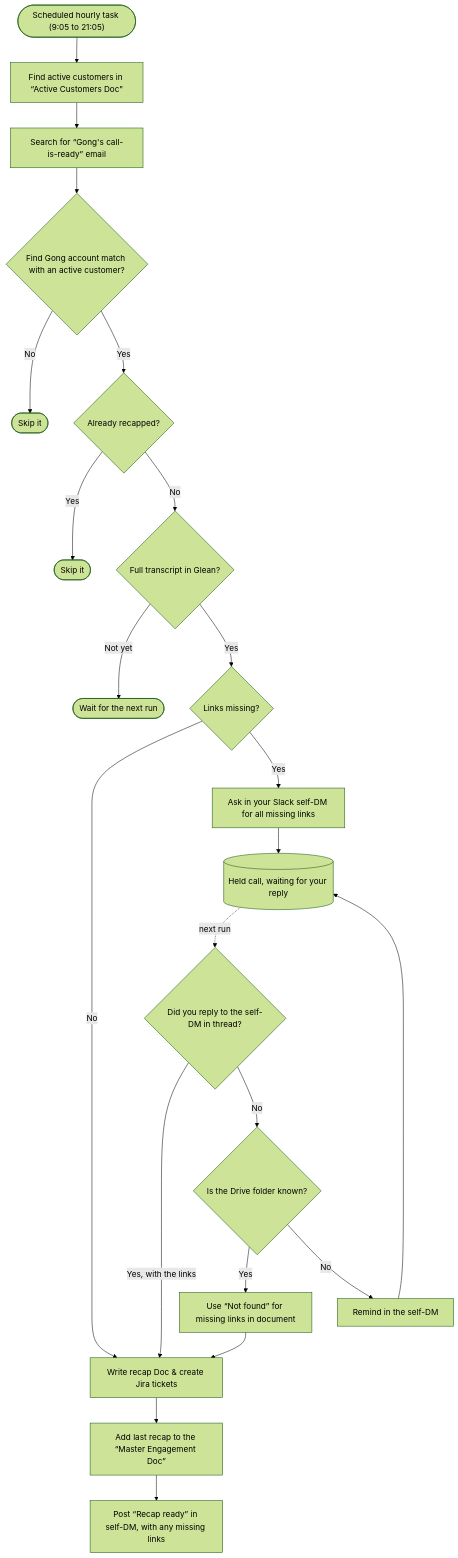
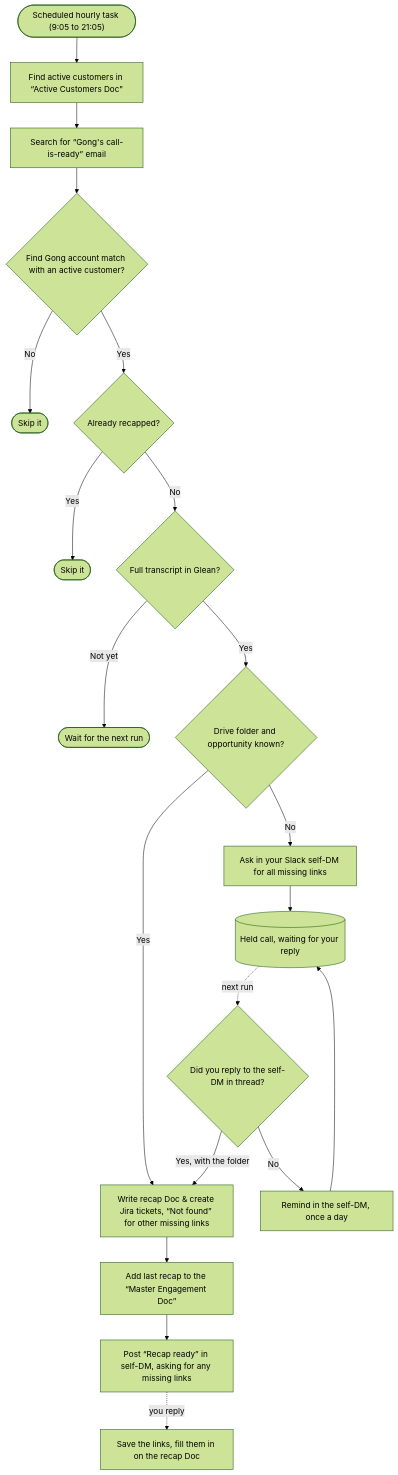
One commit to maya-sandler/ai-sa-skills changed the diagram in README.md. Above: the diagram before and after it, drawn with Mermaid (forest theme). The commit also changed other lines of this file and 4 other files, not shown here.

First line of the commit message:
Recap check: hold a call only for a missing Drive folder or opportunity

````diff
--- a/README.md
+++ b/README.md
@@ -169,21 +169,20 @@
 ```mermaid
 flowchart TD
     T(["Scheduled hourly task (9:05 to 21:05)"]) --> AC[Find active customers in “Active Customers Doc”]
     AC --> E[Search for “Gong's call-is-ready” email]
     E --> C{Find Gong account match with an active customer?}
     C -- No --> X([Skip it])
     C -- Yes --> D{Already recapped?}
     D -- Yes --> X2([Skip it])
     D -- No --> TR{Full transcript in Glean?}
     TR -- Not yet --> W([Wait for the next run])
-    TR -- Yes --> L{Links missing?}
-    L -- No --> R
-    L -- Yes --> Q2[Ask in your Slack self-DM for all missing links] --> H[(Held call, waiting for your reply)]
+    TR -- Yes --> DF{Drive folder and opportunity known?}
+    DF -- Yes --> R
+    DF -- No --> Q2[Ask in your Slack self-DM for all missing links] --> H[(Held call, waiting for your reply)]
     H -. next run .-> RP{Did you reply to the self-DM in thread?}
-    RP -- Yes, with the links --> R
-    RP -- No --> DF{Is the Drive folder known?}
-    DF -- Yes --> NF[Use “Not found” for missing links in document] --> R
-    DF -- No --> RM[Remind in the self-DM] --> H
-    R["Write recap Doc & create Jira tickets"] --> SN[Add last recap to the “Master Engagement Doc”]
-    SN --> P[Post “Recap ready” in self-DM, with any missing links]
+    RP -- Yes, with the folder --> R
+    RP -- No --> RM[Remind in the self-DM, once a day] --> H
+    R["Write recap Doc & create Jira tickets, “Not found” for other missing links"] --> SN[Add last recap to the “Master Engagement Doc”]
+    SN --> P[Post “Recap ready” in self-DM, asking for any missing links]
+    P -. you reply .-> U[Save the links, fill them in on the recap Doc]
 ```
````
